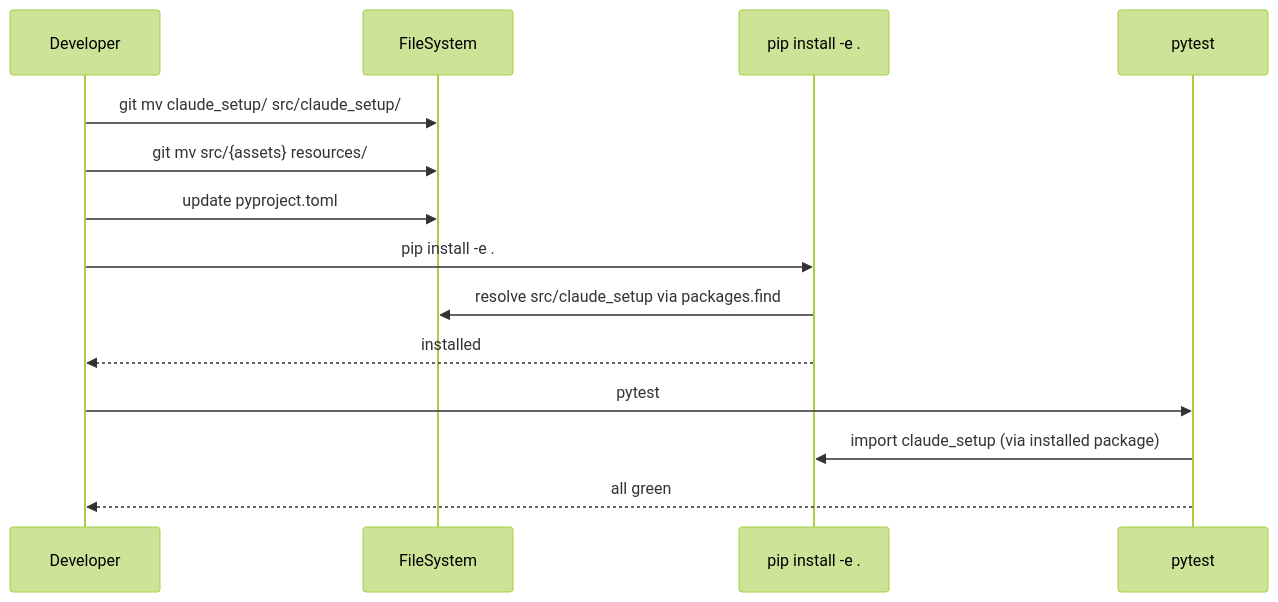
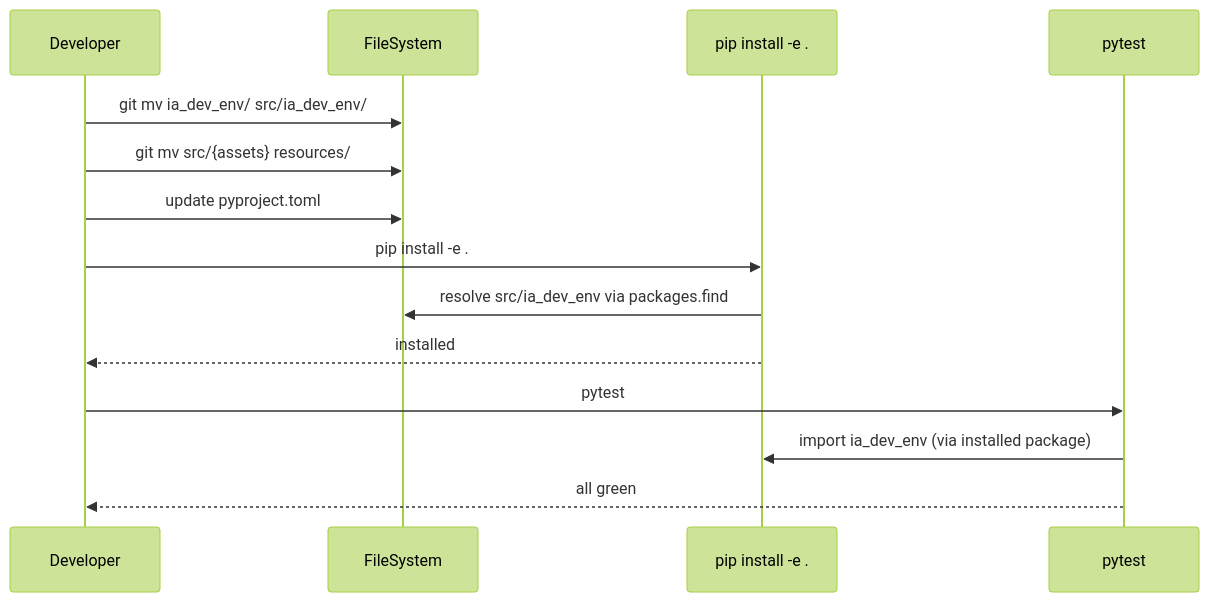
Before and after one commit to edercnj/ia-dev-environment: the diagram in docs/stories/claude-setup-python/STORY_STORY-011_Src-Layout-Migration.md, drawn with Mermaid (forest theme). The commit also changed other lines of this file and 196 other files, not shown here.

First line of the commit message:
refactor: rename internal Python package from claude_setup to ia_dev_env

````diff
--- a/docs/stories/claude-setup-python/STORY_STORY-011_Src-Layout-Migration.md
+++ b/docs/stories/claude-setup-python/STORY_STORY-011_Src-Layout-Migration.md
@@ -98,17 +98,17 @@
 ```mermaid
 sequenceDiagram
     participant DEV as Developer
     participant FS as FileSystem
     participant PIP as pip install -e .
     participant TEST as pytest
 
-    DEV->>FS: git mv claude_setup/ src/claude_setup/
+    DEV->>FS: git mv ia_dev_env/ src/ia_dev_env/
     DEV->>FS: git mv src/{assets} resources/
     DEV->>FS: update pyproject.toml
     DEV->>PIP: pip install -e .
-    PIP->>FS: resolve src/claude_setup via packages.find
+    PIP->>FS: resolve src/ia_dev_env via packages.find
     PIP-->>DEV: installed
     DEV->>TEST: pytest
-    TEST->>PIP: import claude_setup (via installed package)
+    TEST->>PIP: import ia_dev_env (via installed package)
     TEST-->>DEV: all green
 ```
````
